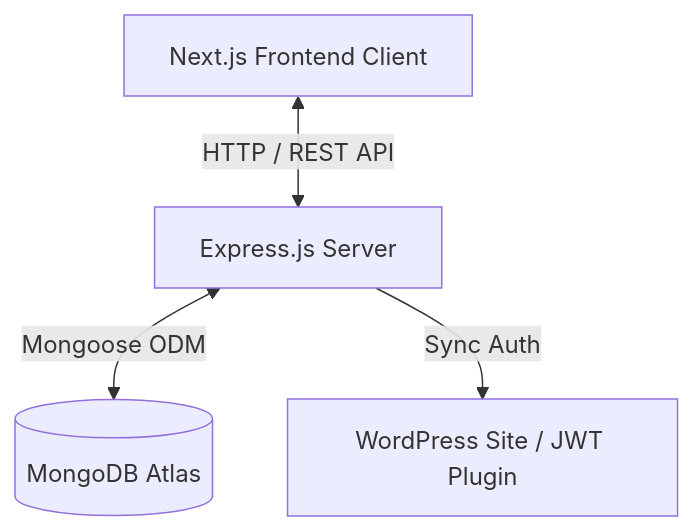
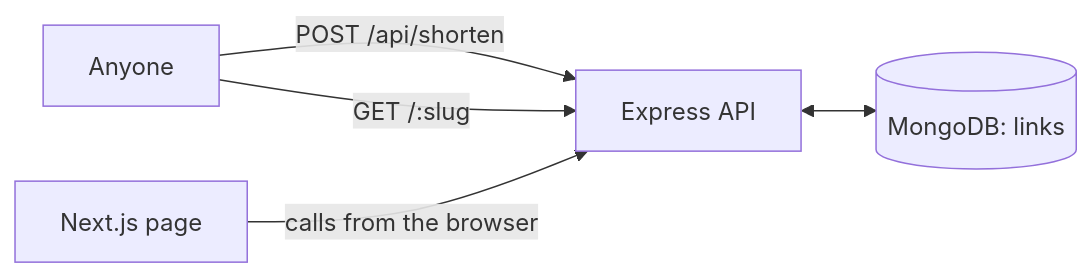
One commit to BraEmma1/Link-Shortner changed the diagram in docs/architecture.md. Above: the diagram before and after it, drawn with Mermaid. The commit also changed other lines of this file and 50 other files, not shown here.

````diff
--- a/docs/architecture.md
+++ b/docs/architecture.md
@@ -7,6 +5,7 @@
 ```mermaid
-graph TD
-    Client[Next.js Frontend Client] <-->|HTTP / REST API| Server[Express.js Server]
-    Server <-->|Mongoose ODM| MongoDB[(MongoDB Atlas)]
-    Server -->|Sync Auth| WordPress[WordPress Site / JWT Plugin]
+graph LR
+    User[Anyone] -->|POST /api/shorten| API[Express API]
+    User -->|GET /:slug| API
+    Page[Next.js page] -->|calls from the browser| API
+    API <--> DB[(MongoDB: links)]
 ```
````
